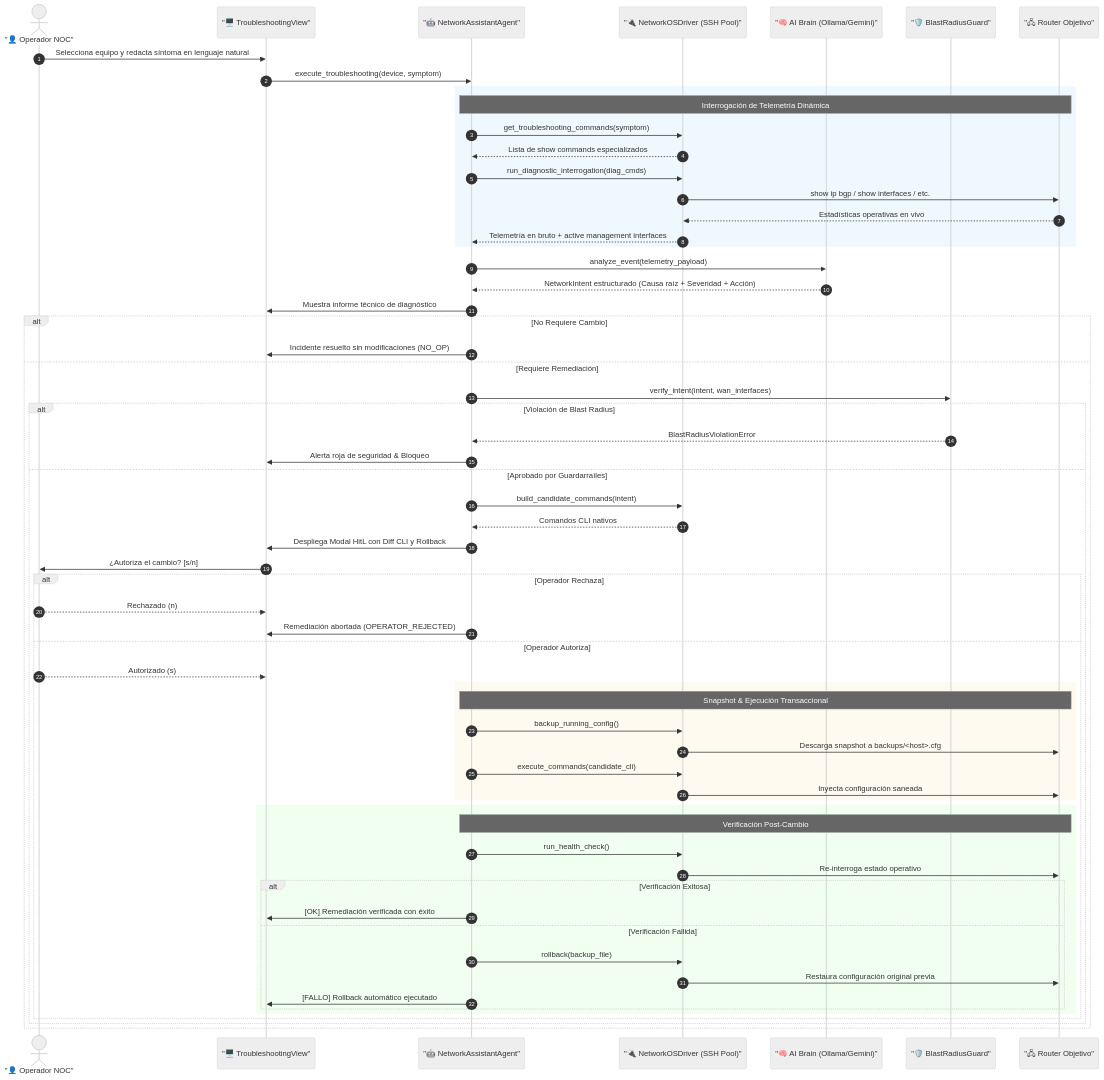
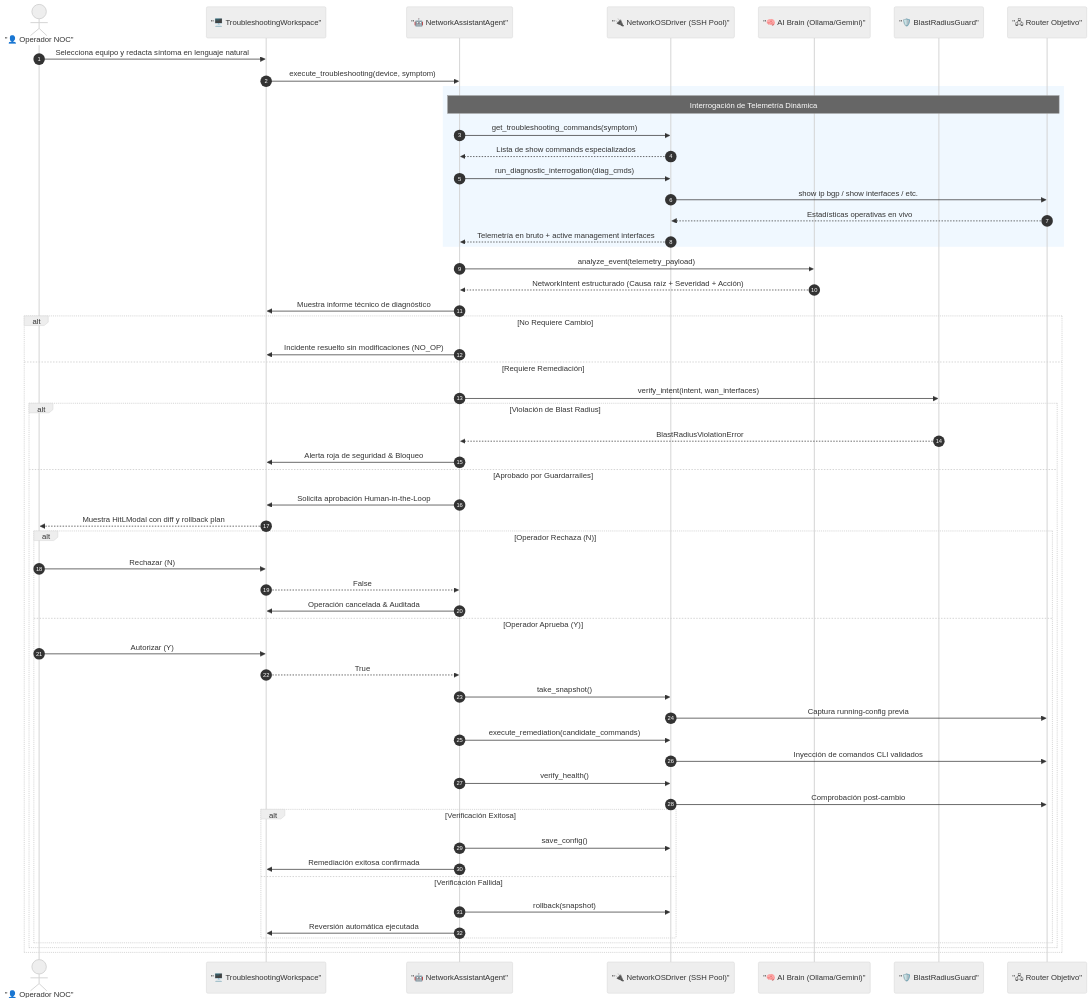
One commit to GuifMur98/networkingAgent changed the second of 2 diagrams in docs/ARCHITECTURE.md. Above: the diagram before and after it, drawn with Mermaid (neutral theme). The commit also changed other lines of this file and 6 other files, not shown here.

````diff
--- a/docs/ARCHITECTURE.md
+++ b/docs/ARCHITECTURE.md
@@ -165,71 +201,62 @@
 ```mermaid
 sequenceDiagram
     autonumber
     actor Operador as "👤 Operador NOC"
-    participant TUI as "🖥️ TroubleshootingView"
+    participant TUI as "🖥️ TroubleshootingWorkspace"
     participant Agent as "🤖 NetworkAssistantAgent"
     participant Driver as "🔌 NetworkOSDriver (SSH Pool)"
     participant Brain as "🧠 AI Brain (Ollama/Gemini)"
     participant Guard as "🛡️ BlastRadiusGuard"
     participant Device as "🖧 Router Objetivo"
 
     Operador->>TUI: Selecciona equipo y redacta síntoma en lenguaje natural
     TUI->>Agent: execute_troubleshooting(device, symptom)
     
     rect rgb(240, 248, 255)
         Note over Agent,Device: Interrogación de Telemetría Dinámica
         Agent->>Driver: get_troubleshooting_commands(symptom)
         Driver-->>Agent: Lista de show commands especializados
         Agent->>Driver: run_diagnostic_interrogation(diag_cmds)
         Driver->>Device: show ip bgp / show interfaces / etc.
         Device-->>Driver: Estadísticas operativas en vivo
         Driver-->>Agent: Telemetría en bruto + active management interfaces
     end
 
     Agent->>Brain: analyze_event(telemetry_payload)
     Brain-->>Agent: NetworkIntent estructurado (Causa raíz + Severidad + Acción)
     Agent->>TUI: Muestra informe técnico de diagnóstico
 
     alt No Requiere Cambio
         Agent->>TUI: Incidente resuelto sin modificaciones (NO_OP)
     else Requiere Remediación
         Agent->>Guard: verify_intent(intent, wan_interfaces)
         alt Violación de Blast Radius
             Guard-->>Agent: BlastRadiusViolationError
             Agent->>TUI: Alerta roja de seguridad & Bloqueo
         else Aprobado por Guardarraíles
-            Agent->>Driver: build_candidate_commands(intent)
-            Driver-->>Agent: Comandos CLI nativos
-            Agent->>TUI: Despliega Modal HitL con Diff CLI y Rollback
-            TUI->>Operador: ¿Autoriza el cambio? [s/n]
-            
-            alt Operador Rechaza
-                Operador-->>TUI: Rechazado (n)
-                Agent->>TUI: Remediación abortada (OPERATOR_REJECTED)
-            else Operador Autoriza
-                Operador-->>TUI: Autorizado (s)
-                
-                rect rgb(255, 250, 240)
-                    Note over Agent,Device: Snapshot & Ejecución Transaccional
-                    Agent->>Driver: backup_running_config()
-                    Driver->>Device: Descarga snapshot a backups/<host>.cfg
-                    Agent->>Driver: execute_commands(candidate_cli)
-                    Driver->>Device: Inyecta configuración saneada
-                end
-
-                rect rgb(240, 255, 240)
-                    Note over Agent,Device: Verificación Post-Cambio
-                    Agent->>Driver: run_health_check()
-                    Driver->>Device: Re-interroga estado operativo
-                    alt Verificación Exitosa
-                        Agent->>TUI: [OK] Remediación verificada con éxito
-                    else Verificación Fallida
-                        Agent->>Driver: rollback(backup_file)
-                        Driver->>Device: Restaura configuración original previa
-                        Agent->>TUI: [FALLO] Rollback automático ejecutado
-                    end
+            Agent->>TUI: Solicita aprobación Human-in-the-Loop
+            TUI-->>Operador: Muestra HitLModal con diff y rollback plan
+            alt Operador Rechaza (N)
+                Operador->>TUI: Rechazar (N)
+                TUI-->>Agent: False
+                Agent->>TUI: Operación cancelada & Auditada
+            else Operador Aprueba (Y)
+                Operador->>TUI: Autorizar (Y)
+                TUI-->>Agent: True
+                Agent->>Driver: take_snapshot()
+                Driver->>Device: Captura running-config previa
+                Agent->>Driver: execute_remediation(candidate_commands)
+                Driver->>Device: Inyección de comandos CLI validados
+                Agent->>Driver: verify_health()
+                Driver->>Device: Comprobación post-cambio
+                alt Verificación Exitosa
+                    Agent->>Driver: save_config()
+                    Agent->>TUI: Remediación exitosa confirmada
+                else Verificación Fallida
+                    Agent->>Driver: rollback(snapshot)
+                    Agent->>TUI: Reversión automática ejecutada
                 end
             end
         end
     end
 ```
````
